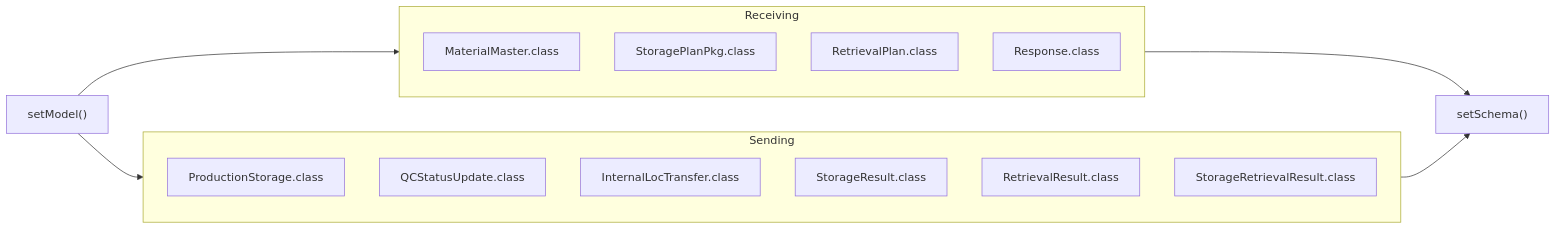
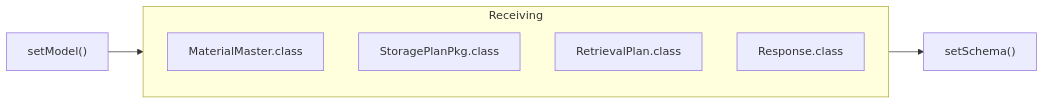
One commit to luthfiadityaa/SimeDarby-Wiki changed the fourth of 9 diagrams in Basic-Design/Host-Interfaces/Receive-Method.md. Above: the diagram before and after it, drawn with Mermaid.

Commit message:
Updated Receive Method

```diff
--- a/Basic-Design/Host-Interfaces/Receive-Method.md
+++ b/Basic-Design/Host-Interfaces/Receive-Method.md
@@ -214,23 +214,13 @@
 ::: mermaid
 flowchart LR
  E1["setSchema()"]
  C1["setModel()"]  
  C1 --> Receiving --> E1
- C1 --> Sending --> E1
 
 subgraph Receiving
  C21["MaterialMaster.class"]
  C22["StoragePlanPkg.class"] 
  C23["RetrievalPlan.class"] 
  C24["Response.class"]
 end
-
-subgraph Sending
- C25["ProductionStorage.class"]
- C26["QCStatusUpdate.class"]
- C27["InternalLocTransfer.class"] 
- C28["StorageResult.class"]
- C29["RetrievalResult.class"] 
- C30["StorageRetrievalResult.class"] 
-end 
 :::
```
